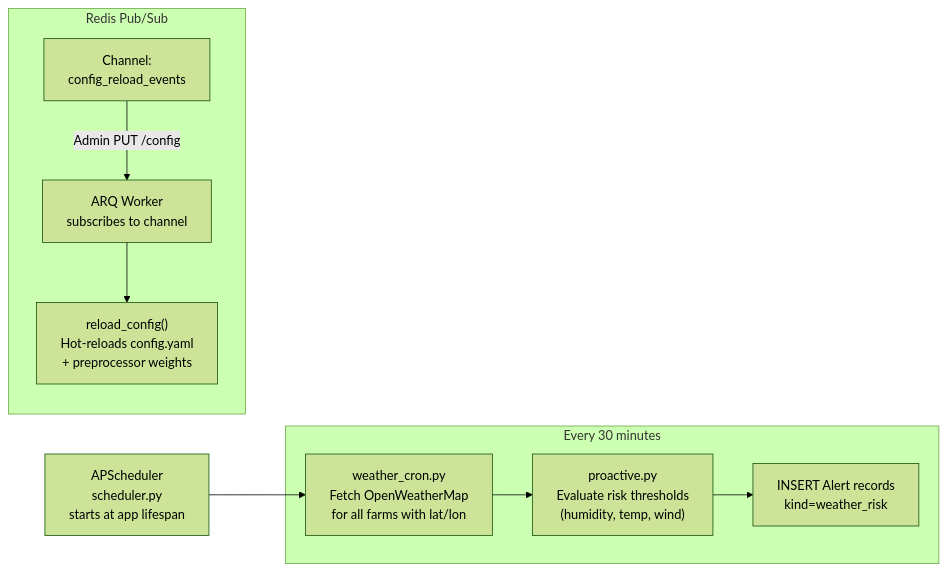
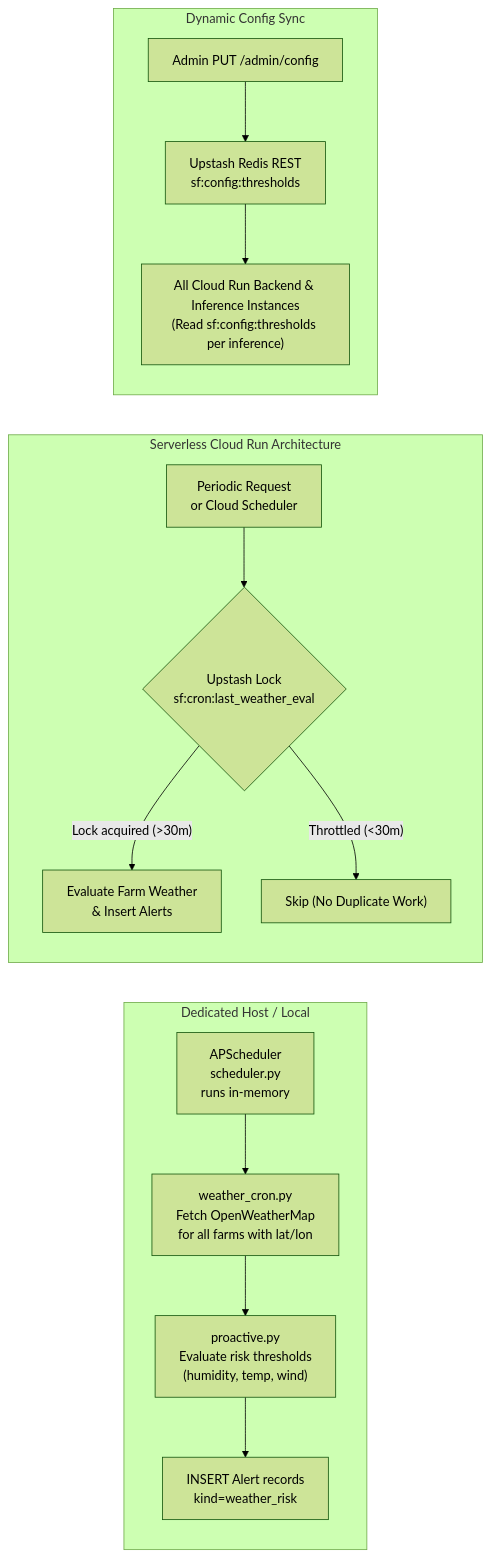
The ninth of 11 diagrams in Docs/Architecture.md (manthan2876/Smart-Farming), drawn with Mermaid (forest theme) before and after one commit. The commit also changed other lines of this file and 11 other files, not shown here.

````diff
--- a/Docs/Architecture.md
+++ b/Docs/Architecture.md
@@ -627,20 +635,26 @@
 ```mermaid
 flowchart LR
-    SCHED["APScheduler\nscheduler.py\nstarts at app lifespan"]
-
-    subgraph CRON["Every 30 minutes"]
+    subgraph DEDICATED["Dedicated Host / Local"]
+        SCHED["APScheduler\nscheduler.py\nruns in-memory"]
         WC["weather_cron.py\nFetch OpenWeatherMap\nfor all farms with lat/lon"]
         PA["proactive.py\nEvaluate risk thresholds\n(humidity, temp, wind)"]
         ALC["INSERT Alert records\nkind=weather_risk"]
+        SCHED --> WC --> PA --> ALC
     end
 
-    SCHED --> WC --> PA --> ALC
-
-    subgraph REDIS_RELOAD["Redis Pub/Sub"]
-        CR["Channel:\nconfig_reload_events"]
-        WKR["ARQ Worker\nsubscribes to channel"]
-        RL["reload_config()\nHot-reloads config.yaml\n+ preprocessor weights"]
+    subgraph SERVERLESS["Serverless Cloud Run Architecture"]
+        REQ["Periodic Request\nor Cloud Scheduler"]
+        LOCK{"Upstash Lock\nsf:cron:last_weather_eval"}
+        EVAL["Evaluate Farm Weather\n& Insert Alerts"]
+        REQ --> LOCK
+        LOCK -- "Lock acquired (>30m)" --> EVAL
+        LOCK -- "Throttled (<30m)" --> SKIP["Skip (No Duplicate Work)"]
     end
 
-    CR -->|"Admin PUT /config"| WKR --> RL
+    subgraph CONFIG_SYNC["Dynamic Config Sync"]
+        ADMIN["Admin PUT /admin/config"]
+        UP_CONF["Upstash Redis REST\nsf:config:thresholds"]
+        INSTANCES["All Cloud Run Backend & Inference Instances\n(Read sf:config:thresholds per inference)"]
+        ADMIN --> UP_CONF --> INSTANCES
+    end
 ```
````
